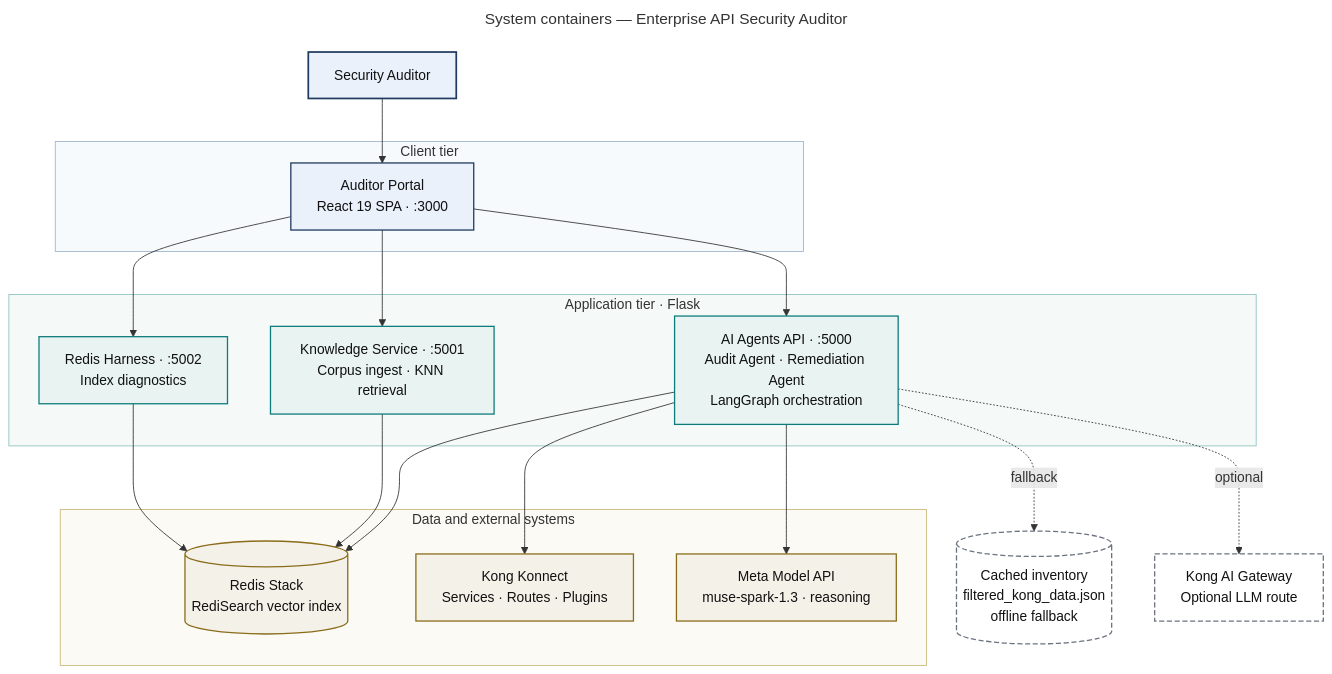
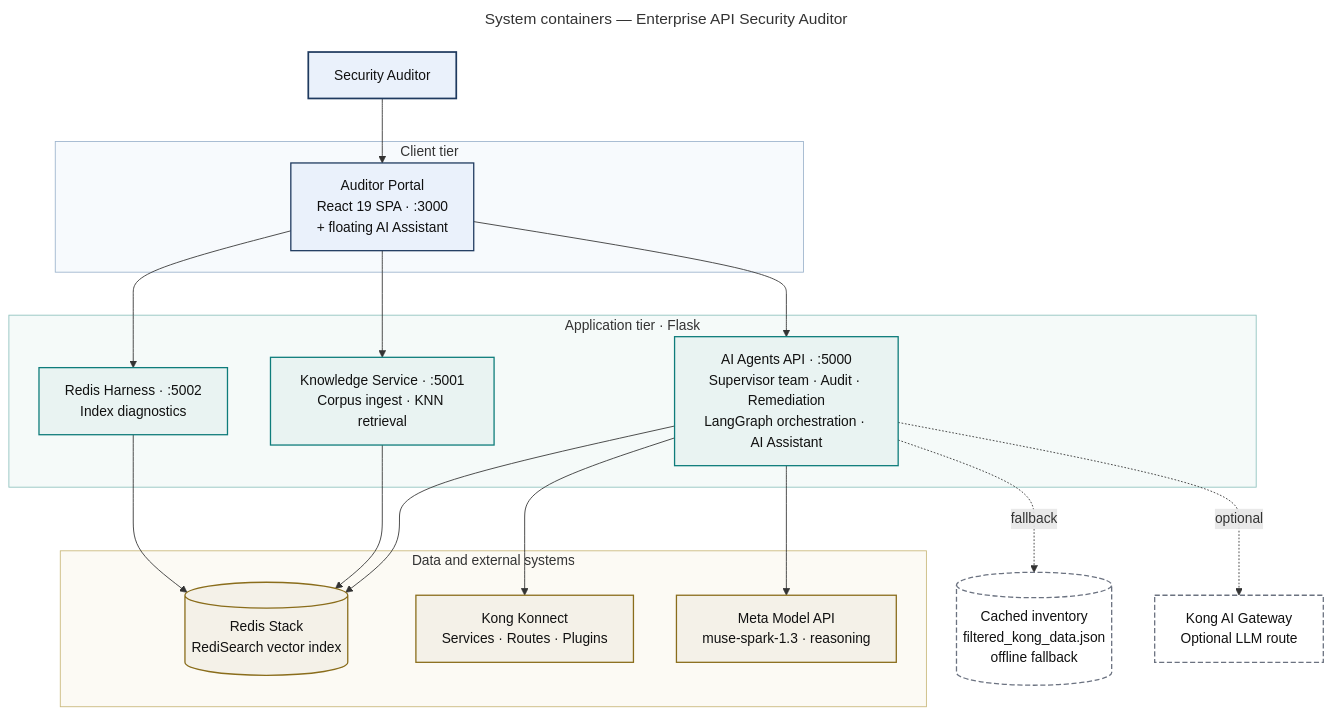
One commit to SachinGhumbre/enterprise-api-security-auditor-agents changed the first of 5 diagrams in README.md. Above: the diagram before and after it, drawn with Mermaid. The commit also changed other lines of this file and 62 other files, not shown here.

````diff
--- a/README.md
+++ b/README.md
@@ -204,52 +209,52 @@
 ```mermaid
 ---
 title: System containers — Enterprise API Security Auditor
 ---
 flowchart TB
     USER["Security Auditor"]
 
     subgraph CLIENT["Client tier"]
-        PORTAL["Auditor Portal<br/>React 19 SPA · :3000"]
+        PORTAL["Auditor Portal<br/>React 19 SPA · :3000<br/>+ floating AI Assistant"]
     end
 
     subgraph SERVICES["Application tier · Flask"]
-        AGENTS["AI Agents API · :5000<br/>Audit Agent · Remediation Agent<br/>LangGraph orchestration"]
+        AGENTS["AI Agents API · :5000<br/>Supervisor team · Audit · Remediation<br/>LangGraph orchestration · AI Assistant"]
         RAG["Knowledge Service · :5001<br/>Corpus ingest · KNN retrieval"]
         HARNESS["Redis Harness · :5002<br/>Index diagnostics"]
     end
 
     subgraph EXTERNAL["Data and external systems"]
         REDIS[("Redis Stack<br/>RediSearch vector index")]
         KONG["Kong Konnect<br/>Services · Routes · Plugins"]
         META["Meta Model API<br/>muse-spark-1.3 · reasoning"]
     end
 
     FALLBACK[("Cached inventory<br/>filtered_kong_data.json<br/>offline fallback")]
     KONGAI["Kong AI Gateway<br/>Optional LLM route"]
 
     USER --> PORTAL
     PORTAL --> AGENTS
     PORTAL --> RAG
     PORTAL --> HARNESS
     AGENTS --> REDIS
     AGENTS --> KONG
     AGENTS --> META
     AGENTS -. fallback .-> FALLBACK
     AGENTS -. optional .-> KONGAI
     RAG --> REDIS
     HARNESS --> REDIS
 
     classDef user fill:#EAF1FB,stroke:#1F3A5F,stroke-width:2px,color:#111;
     classDef client fill:#EAF1FB,stroke:#1F3A5F,stroke-width:1.5px,color:#111;
     classDef svc fill:#E9F3F2,stroke:#0E7C7B,stroke-width:1.5px,color:#111;
     classDef ext fill:#F4F1E8,stroke:#8A6D1B,stroke-width:1.5px,color:#111;
     classDef opt fill:#FFFFFF,stroke:#6B7280,stroke-width:1.5px,stroke-dasharray:6 3,color:#111;
     class USER user;
     class PORTAL client;
     class AGENTS,RAG,HARNESS svc;
     class REDIS,KONG,META ext;
     class FALLBACK,KONGAI opt;
     style CLIENT fill:#F7FAFD,stroke:#9DB4CC
     style SERVICES fill:#F5FAF9,stroke:#8FC2BE
     style EXTERNAL fill:#FCFAF4,stroke:#C9B87A
 ```
````
